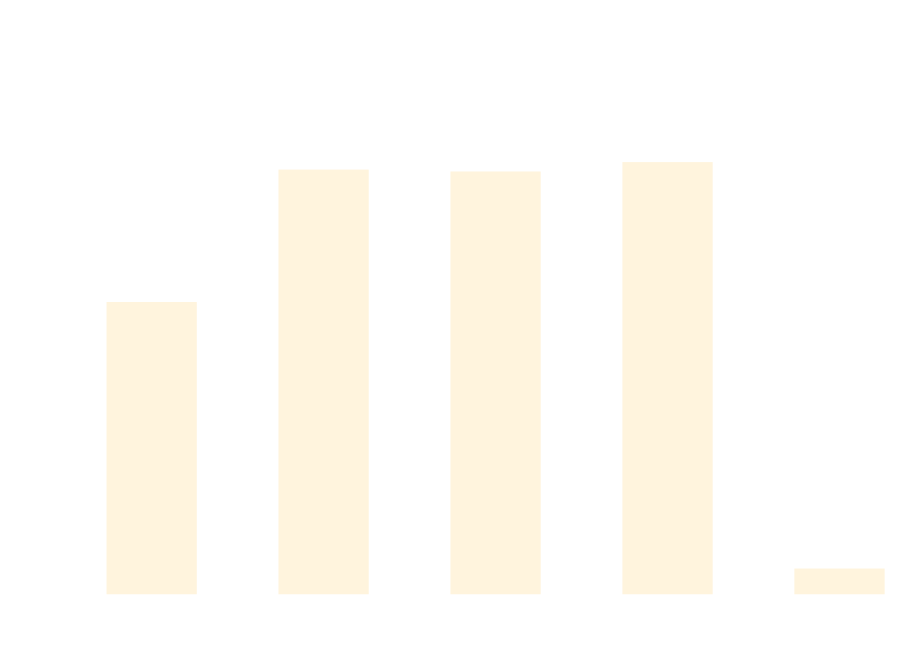
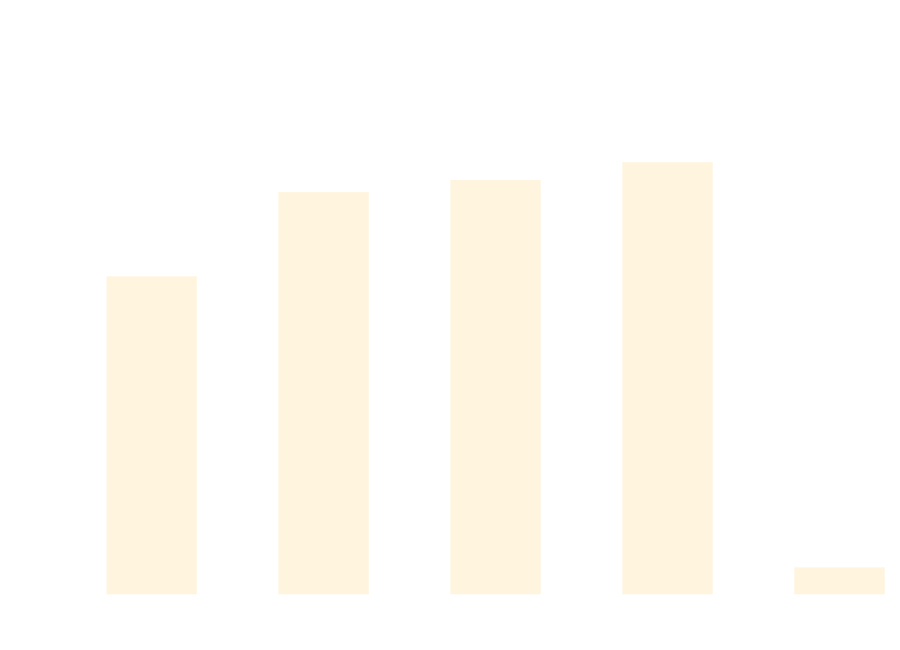
One commit to thomhurst/TUnit changed the diagram in docs/docs/benchmarks/DataDrivenTests.md. Above: the diagram before and after it, drawn with Mermaid. The commit also changed other lines of this file and 17 other files, not shown here.

````diff
--- a/docs/docs/benchmarks/DataDrivenTests.md
+++ b/docs/docs/benchmarks/DataDrivenTests.md
@@ -27,37 +27,37 @@
 ```mermaid
 %%{init: {
   'theme':'base',
   'themeVariables': {
     'primaryColor': '#2563eb',
     'primaryTextColor': '#ffffff',
     'primaryBorderColor': '#1e40af',
     'lineColor': '#6b7280',
     'secondaryColor': '#7c3aed',
     'tertiaryColor': '#dc2626',
     'background': '#ffffff',
     'mainBkg': '#2563eb',
     'secondBkg': '#7c3aed',
     'tertiaryBkg': '#dc2626',
     'clusterBkg': '#f3f4f6',
     'edgeLabelBackground': '#ffffff',
     'tertiaryTextColor': '#1f2937',
     'pie1': '#2563eb',
     'pie2': '#7c3aed',
     'pie3': '#dc2626',
     'pie4': '#f59e0b',
     'pie5': '#10b981',
     'pie6': '#06b6d4',
     'pie7': '#ec4899',
     'pie8': '#6366f1',
     'pie9': '#84cc16',
     'pie10': '#f97316',
     'pie11': '#14b8a6',
     'pie12': '#a855f7'
   }
 }}%%
 xychart-beta
   title "DataDrivenTests Performance Comparison"
   x-axis ["TUnit", "NUnit", "MSTest", "xUnit3", "TUnit_AOT"]
-  y-axis "Time (ms)" 0 --> 783
-  bar [435.95, 640.77, 637.84, 652.36, 23.74]
+  y-axis "Time (ms)" 0 --> 785
+  bar [476.93, 607.45, 626.12, 653.78, 25.52]
 ```
````
